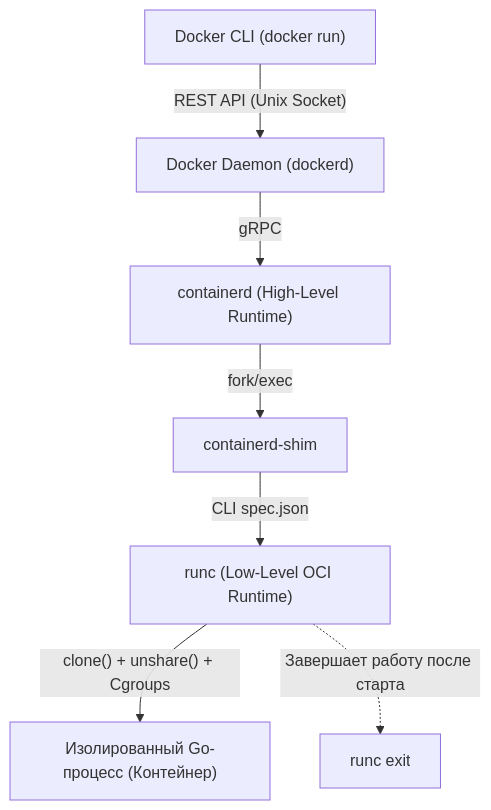
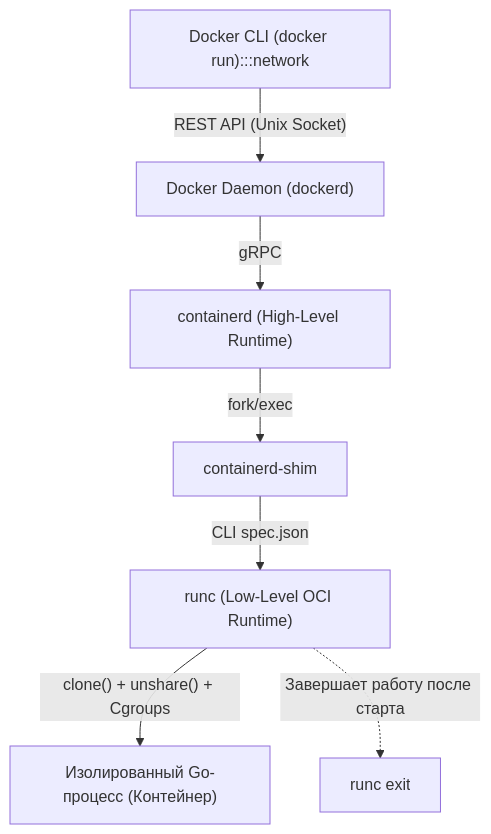
One commit to UnrealTemplier/go-textbook changed the third of 3 diagrams in sources/19. Инфраструктура. Linux, nginx, Docker, Kubernetes/03. Docker/1. Контейнеризация. Основы.md. Above: the diagram before and after it, drawn with Mermaid. The commit also changed other lines of this file and 1666 other files, not shown here.

First line of the commit message:
feat(mermaid): add semantic color classDef to 1369 colorless flowchart/graph diagrams

````diff
--- a/sources/19. Инфраструктура. Linux, nginx, Docker, Kubernetes/03. Docker/1. Контейнеризация. Основы.md
+++ b/sources/19. Инфраструктура. Linux, nginx, Docker, Kubernetes/03. Docker/1. Контейнеризация. Основы.md
@@ -140,9 +160,19 @@
 ```mermaid
 flowchart TD
-    A["Docker CLI (docker run)"] -->|"REST API (Unix Socket)"| B["Docker Daemon (dockerd)"]
+    classDef process  fill:#1e293b,stroke:#38bdf8,stroke-width:1px,color:#f8fafc
+    classDef success  fill:#064e3b,stroke:#34d399,stroke-width:1px,color:#f8fafc
+    classDef error    fill:#7f1d1d,stroke:#f87171,stroke-width:1px,color:#f8fafc
+    classDef warning  fill:#78350f,stroke:#fbbf24,stroke-width:1px,color:#f8fafc
+    classDef entry    fill:#1e3a5f,stroke:#38bdf8,stroke-width:2px,color:#f8fafc
+    classDef aux      fill:#334155,stroke:#64748b,stroke-width:1px,color:#f8fafc
+    classDef system   fill:#312e81,stroke:#a78bfa,stroke-width:1px,color:#f8fafc
+    classDef data     fill:#132d29,stroke:#2dd4bf,stroke-width:1px,color:#f8fafc
+    classDef network  fill:#881337,stroke:#fb7185,stroke-width:1px,color:#f8fafc
+    classDef accent   fill:#1e1b4b,stroke:#818cf8,stroke-width:1px,color:#f8fafc
+    A["Docker CLI (docker run):::network"] -->|"REST API (Unix Socket)"| B["Docker Daemon (dockerd)"]
     B -->|"gRPC"| C["containerd (High-Level Runtime)"]
     C -->|"fork/exec"| D["containerd-shim"]
     D -->|"CLI spec.json"| E["runc (Low-Level OCI Runtime)"]
     E -->|"clone() + unshare() + Cgroups"| F["Изолированный Go-процесс (Контейнер)"]
     E -.->|"Завершает работу после старта"| X["runc exit"]
 ```
````
